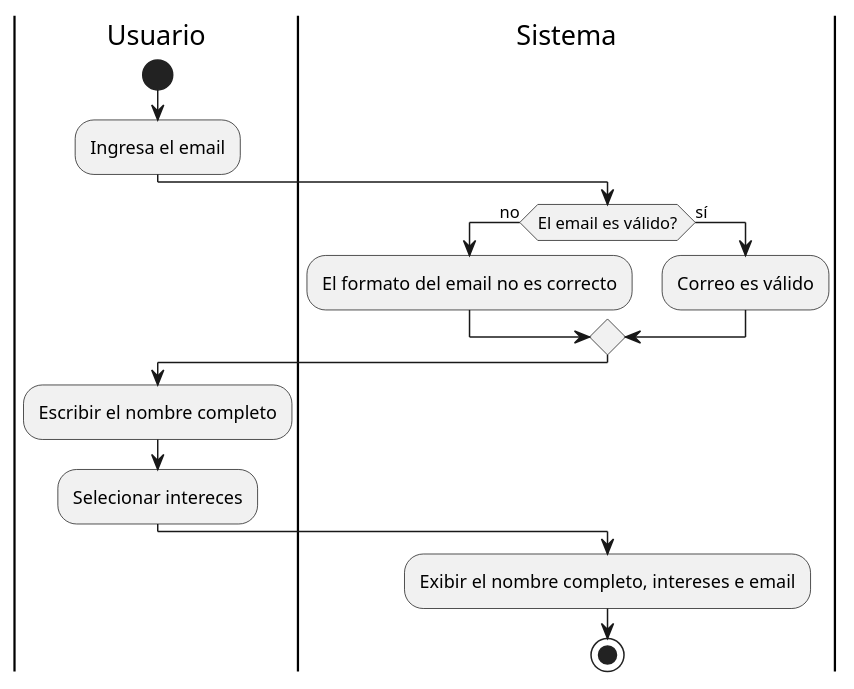
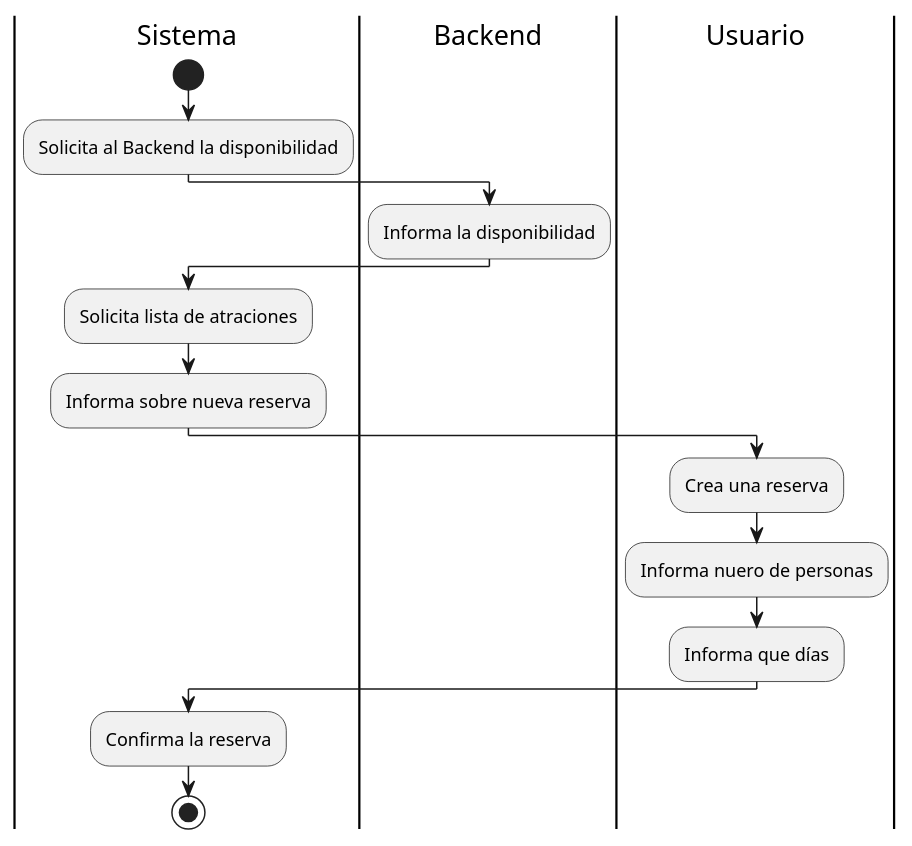
One commit to Thallys8/turismo-buenos-aires changed the diagram in docs/04-diagramas/01-diagrama-de-actividades/actividad-flujo-2-actividad-subscripcion-newsletter.puml. Above: the diagram before and after it, drawn with PlantUML.

Commit message:
Update actividad-flujo-2-actividad-subscripcion-newsletter.puml
Correción del código

```diff
--- a/docs/04-diagramas/01-diagrama-de-actividades/actividad-flujo-2-actividad-subscripcion-newsletter.puml
+++ b/docs/04-diagramas/01-diagrama-de-actividades/actividad-flujo-2-actividad-subscripcion-newsletter.puml
@@ -1,20 +1,24 @@
-@startuml actividad-subscripcion-newsletter
-|Usuario|
+@startuml actividad-creacion-tarjetas
+|Sistema|
 start
-:Ingresa el email;
+:Solicita al Backend la disponibilidad;
+
+|Backend|
+:Informa la disponibilidad;
 
 |Sistema|
-if(El email es válido?)then(no)
-    :El formato del email no es correcto;
-else(sí)
-    :Correo es válido;
-endif
+:Solicita lista de atraciones;
+
+|Sistema|
+:Informa sobre nueva reserva;
 
 |Usuario|
-:Escribir el nombre completo;
-:Selecionar intereces;
+:Crea una reserva;
+:Informa nuero de personas;
+:Informa que días;
 
 |Sistema|
-:Exibir el nombre completo, intereses e email;
+:Confirma la reserva;
+
 stop
 @enduml
```
